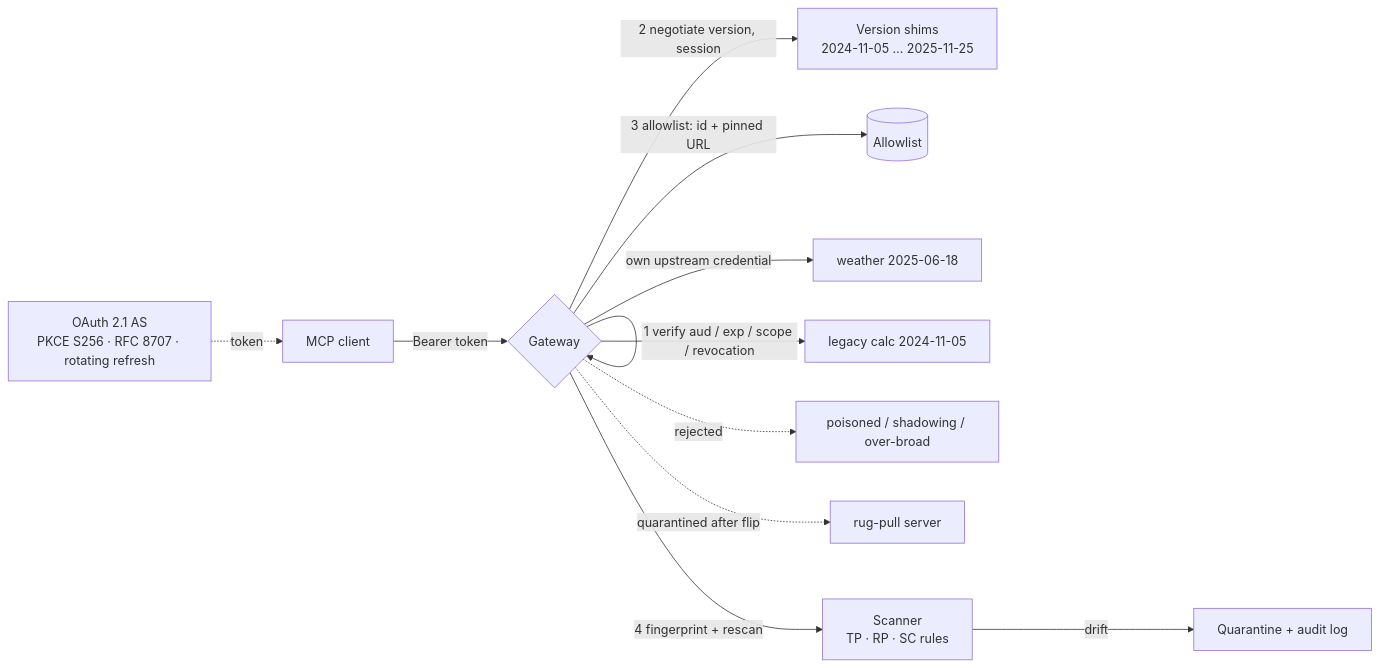
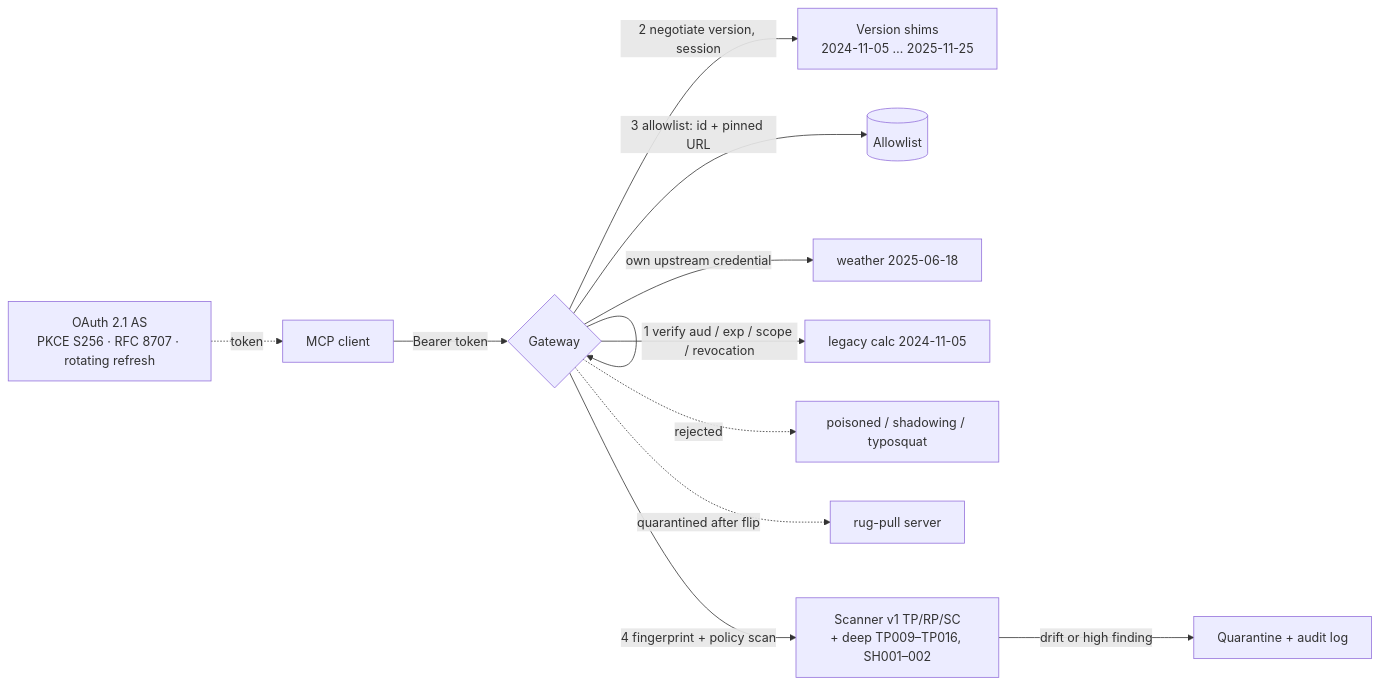
Before and after one commit to braylo777/mcp-prod-gateway: the diagram in README.md, drawn with Mermaid. The commit also changed other lines of this file and 57 other files, not shown here.

````diff
--- a/README.md
+++ b/README.md
@@ -17,14 +61,14 @@
 ```mermaid
 flowchart LR
   C[MCP client] -->|Bearer token| G{Gateway}
   AS[OAuth 2.1 AS<br/>PKCE S256 · RFC 8707 · rotating refresh] -.token.-> C
   G -->|1 verify aud / exp / scope / revocation| G
   G -->|2 negotiate version, session| V[Version shims<br/>2024-11-05 … 2025-11-25]
   G -->|3 allowlist: id + pinned URL| AL[(Allowlist)]
-  G -->|4 fingerprint + rescan| SC[Scanner<br/>TP · RP · SC rules]
-  SC -->|drift| Q[Quarantine + audit log]
+  G -->|4 fingerprint + policy scan| SC[Scanner v1 TP/RP/SC<br/>+ deep TP009–TP016, SH001–002]
+  SC -->|drift or high finding| Q[Quarantine + audit log]
   G -->|own upstream credential| U1[weather 2025-06-18]
   G --> U2[legacy calc 2024-11-05]
-  G -.rejected.-> U3[poisoned / shadowing / over-broad]
+  G -.rejected.-> U3[poisoned / shadowing / typosquat]
   G -.quarantined after flip.-> U4[rug-pull server]
 ```
````
